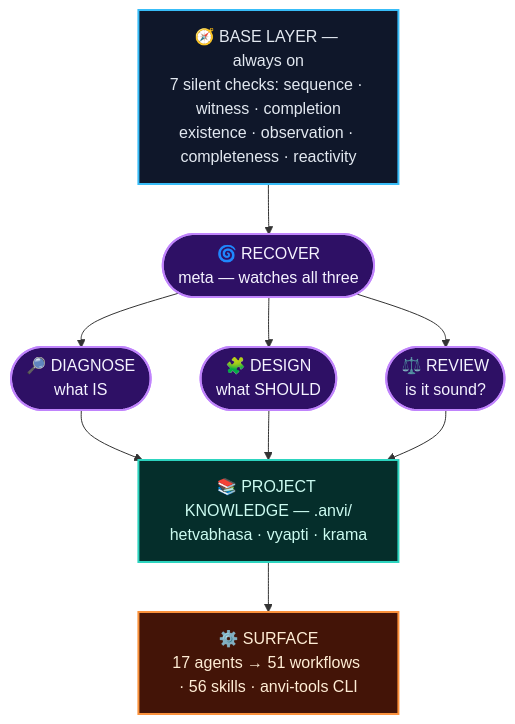
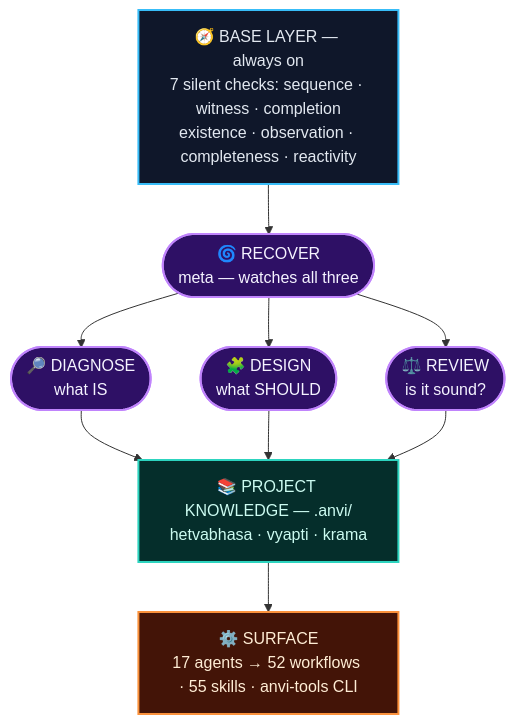
The first of 2 diagrams in README.md (MrityunjayBhardwaj/anvi), drawn with Mermaid before and after one commit. The commit also changed other lines of this file and 2 other files, not shown here.

````diff
--- a/README.md
+++ b/README.md
@@ -39,24 +39,24 @@
 ```mermaid
 flowchart TD
     BASE["🧭 BASE LAYER — always on<br/>7 silent checks: sequence · witness · completion<br/>existence · observation · completeness · reactivity"]
     R(["🌀 RECOVER<br/>meta — watches all three"])
     D1(["🔎 DIAGNOSE<br/>what IS"])
     D2(["🧩 DESIGN<br/>what SHOULD"])
     D3(["⚖️ REVIEW<br/>is it sound?"])
     KNOW["📚 PROJECT KNOWLEDGE — .anvi/<br/>hetvabhasa · vyapti · krama"]
-    SURF["⚙️ SURFACE<br/>17 agents → 51 workflows · 56 skills · anvi-tools CLI"]
+    SURF["⚙️ SURFACE<br/>17 agents → 52 workflows · 55 skills · anvi-tools CLI"]
 
     BASE --> R
     R --> D1 & D2 & D3
     D1 & D2 & D3 --> KNOW
     KNOW --> SURF
 
     classDef base fill:#0f172a,stroke:#38bdf8,stroke-width:2px,color:#e2e8f0;
     classDef lens fill:#2e1065,stroke:#c084fc,stroke-width:2px,color:#f5f3ff;
     classDef know fill:#052e2b,stroke:#2dd4bf,stroke-width:2px,color:#ccfbf1;
     classDef surf fill:#431407,stroke:#fb923c,stroke-width:2px,color:#ffedd5;
     class BASE base;
     class R,D1,D2,D3 lens;
     class KNOW know;
     class SURF surf;
 ```
````
